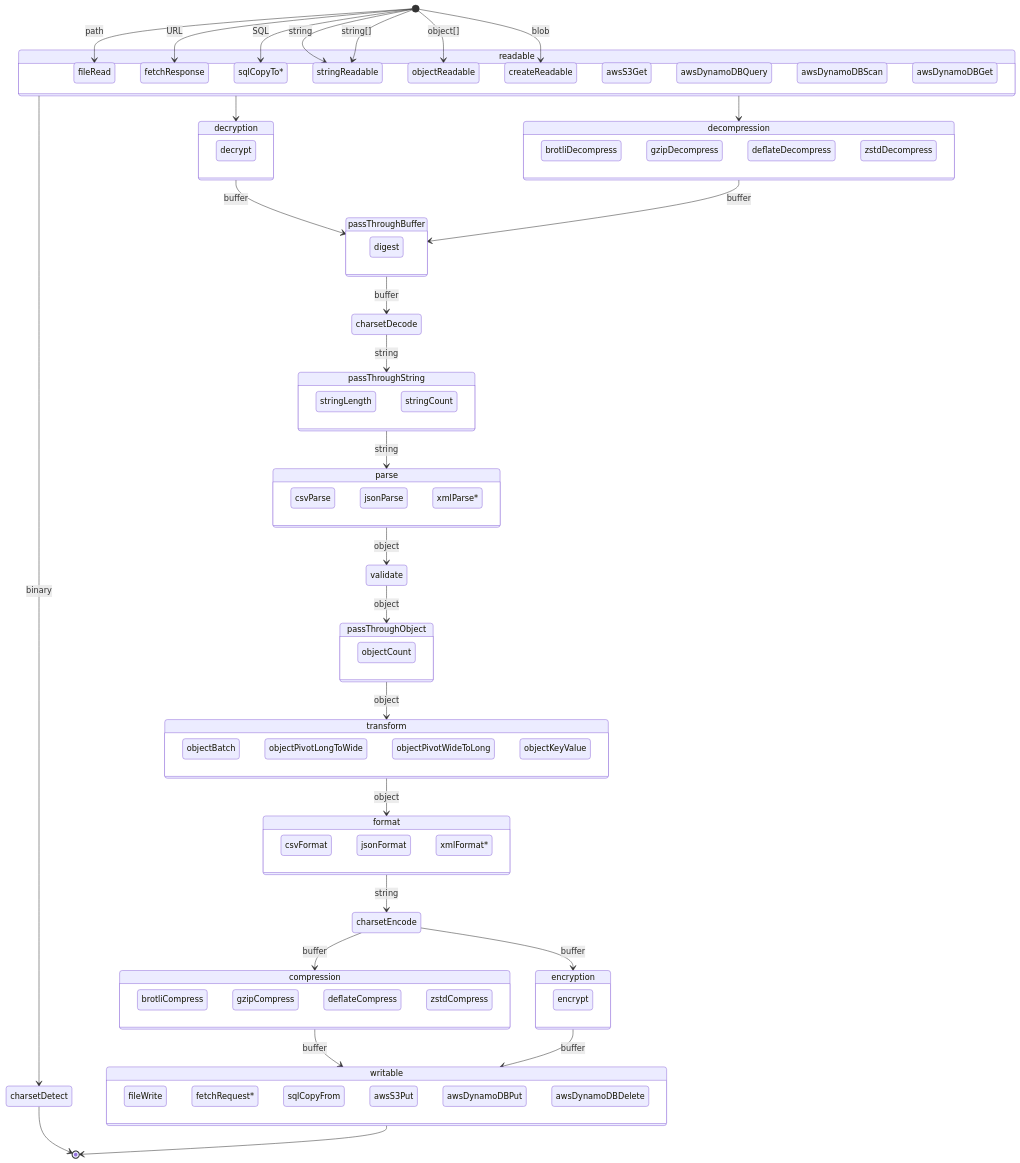
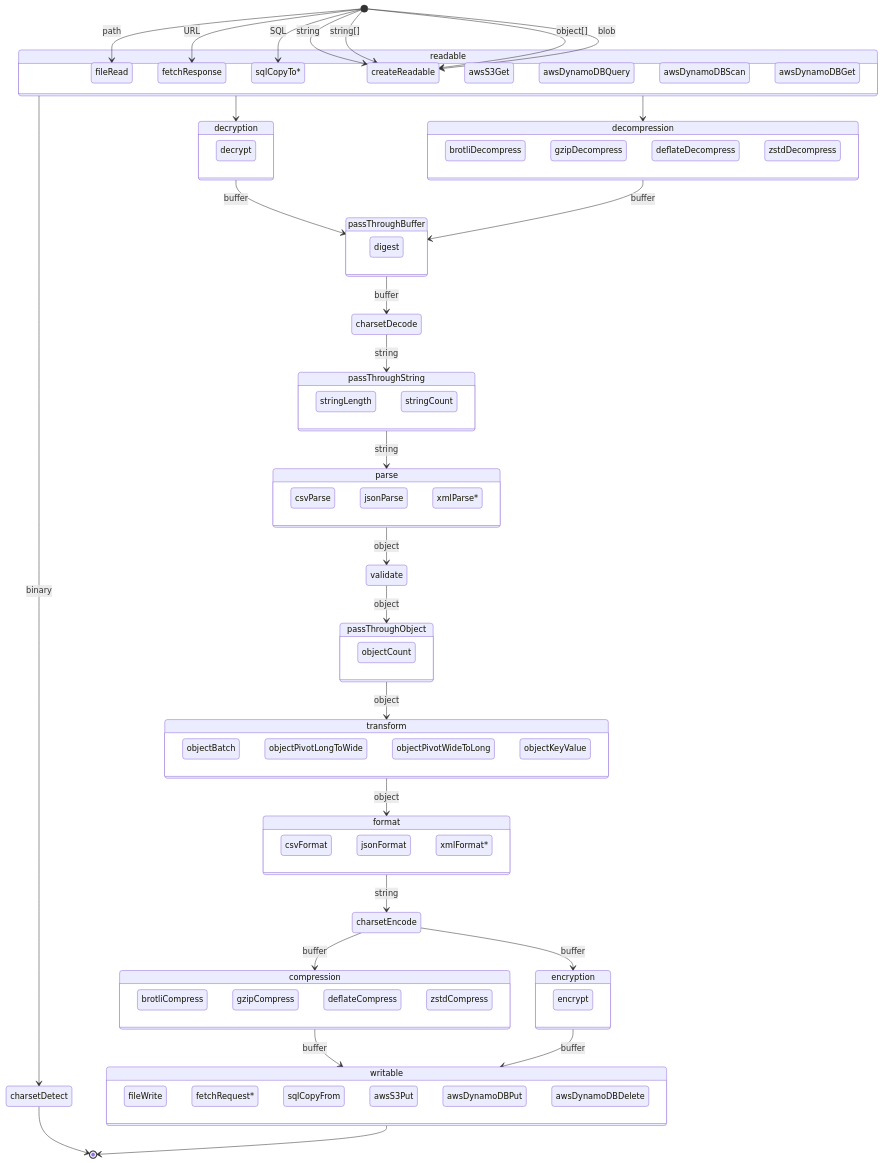
Before and after one commit to willfarrell/datastream: the diagram in README.md, drawn with Mermaid. The commit also changed other lines of this file and 347 other files, not shown here.

```diff
--- a/README.md
+++ b/README.md
@@ -180,9 +265,9 @@
     [*] --> fileRead: path
     [*] --> fetchResponse: URL
     [*] --> sqlCopyTo*: SQL
-    [*] --> stringReadable: string
-    [*] --> stringReadable: string[]
-    [*] --> objectReadable: object[]
+    [*] --> createReadable: string
+    [*] --> createReadable: string[]
+    [*] --> createReadable: object[]
     [*] --> createReadable: blob
 
     readable --> charsetDetect: binary
@@ -213,8 +298,6 @@
         fetchResponse
         sqlCopyTo*
         createReadable
-        stringReadable
-        objectReadable
         awsS3Get
         awsDynamoDBQuery
         awsDynamoDBScan
```
